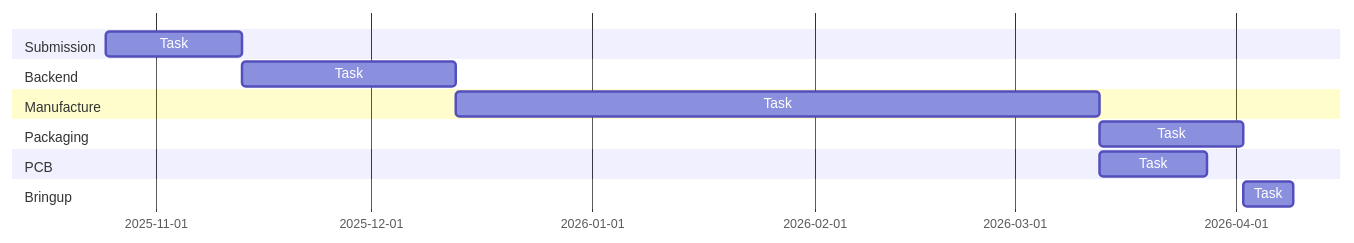
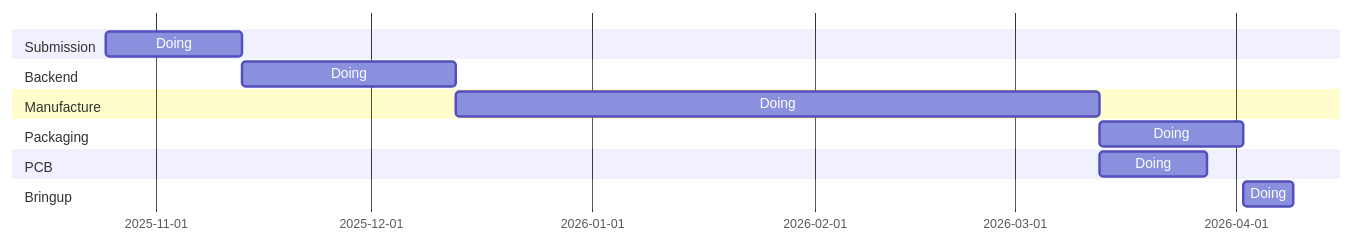
One commit to openecos-projects/.github changed the diagram in profile/README.md. Above: the diagram before and after it, drawn with Mermaid.

Commit message:
docs: update from update to doing

````diff
--- a/profile/README.md
+++ b/profile/README.md
@@ -38,16 +38,16 @@
   ```mermaid
   gantt
     dateFormat YYYY-MM
     section Submission
-      Task: a1, 2025-10-25, 19d
+      Doing: a1, 2025-10-25, 19d
     section Backend
-      Task: b1, 2025-11-13, 30d
+      Doing: b1, 2025-11-13, 30d
     section Manufacture
-      Task: c1, after b1, 90d
+      Doing: c1, after b1, 90d
     section Packaging
-      Task: d1, after c1, 20d
+      Doing: d1, after c1, 20d
     section PCB
-      Task: e1, after c1, 15d
+      Doing: e1, after c1, 15d
     section Bringup
-      Task: f1, after d1, 7d
+      Doing: f1, after d1, 7d
   ```
````
